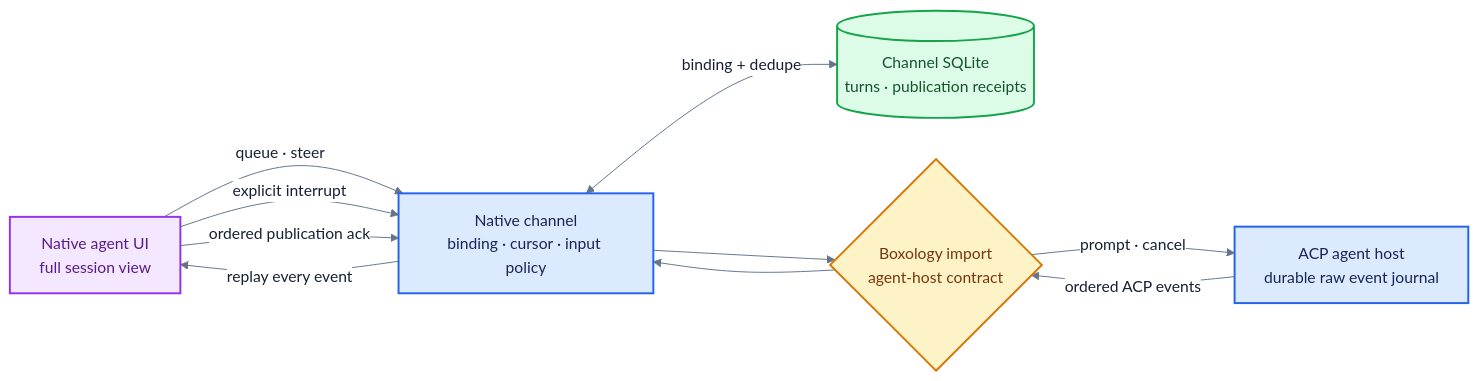
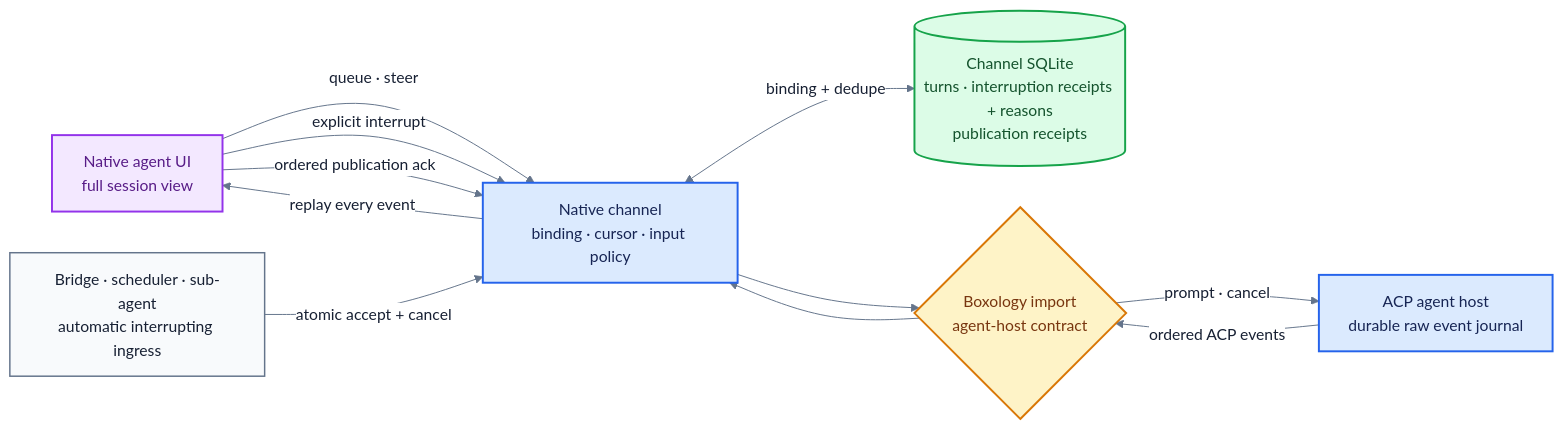
Before and after one commit to fontanierh/crab: the diagram in v2/docs/native-channel-flow.mmd, drawn with Mermaid. The commit also changed 33 other files, not shown here.

Commit message:
Make v2 interrupting input acceptance atomic (#269)

```diff
--- a/v2/docs/native-channel-flow.mmd
+++ b/v2/docs/native-channel-flow.mmd
@@ -1,27 +1,31 @@
 %%{init: {"theme": "base", "themeVariables": {"fontFamily": "ui-sans-serif, system-ui, sans-serif", "primaryTextColor": "#172033", "lineColor": "#64748b", "edgeLabelBackground": "#ffffff"}, "flowchart": {"curve": "basis", "nodeSpacing": 42, "rankSpacing": 58}}}%%
 flowchart LR
     UI["Native agent UI<br/>full session view"]
+    INGRESS["Bridge · scheduler · sub-agent<br/>automatic interrupting ingress"]
     CHANNEL["Native channel<br/>binding · cursor · input policy"]
-    DB[("Channel SQLite<br/>turns · publication receipts")]
+    DB[("Channel SQLite<br/>turns · interruption receipts + reasons<br/>publication receipts")]
     IMPORT{"Boxology import<br/>agent-host contract"}
     AGENT["ACP agent host<br/>durable raw event journal"]
 
     UI -->|"queue · steer"| CHANNEL
     UI -->|"explicit interrupt"| CHANNEL
+    INGRESS -->|"atomic accept + cancel"| CHANNEL
     CHANNEL <-->|"binding + dedupe"| DB
     CHANNEL --> IMPORT
     IMPORT -->|"prompt · cancel"| AGENT
     AGENT -->|"ordered ACP events"| IMPORT
     IMPORT --> CHANNEL
     CHANNEL -->|"replay every event"| UI
     UI -->|"ordered publication ack"| CHANNEL
 
     classDef ui fill:#f3e8ff,stroke:#9333ea,stroke-width:2px,color:#581c87;
+    classDef external fill:#f8fafc,stroke:#64748b,stroke-width:1.5px,color:#172033;
     classDef runtime fill:#dbeafe,stroke:#2563eb,stroke-width:2px,color:#172554;
     classDef durable fill:#dcfce7,stroke:#16a34a,stroke-width:2px,color:#14532d;
     classDef boundary fill:#fef3c7,stroke:#d97706,stroke-width:2px,color:#78350f;
 
     class UI ui;
+    class INGRESS external;
     class CHANNEL,AGENT runtime;
     class DB durable;
     class IMPORT boundary;
```
